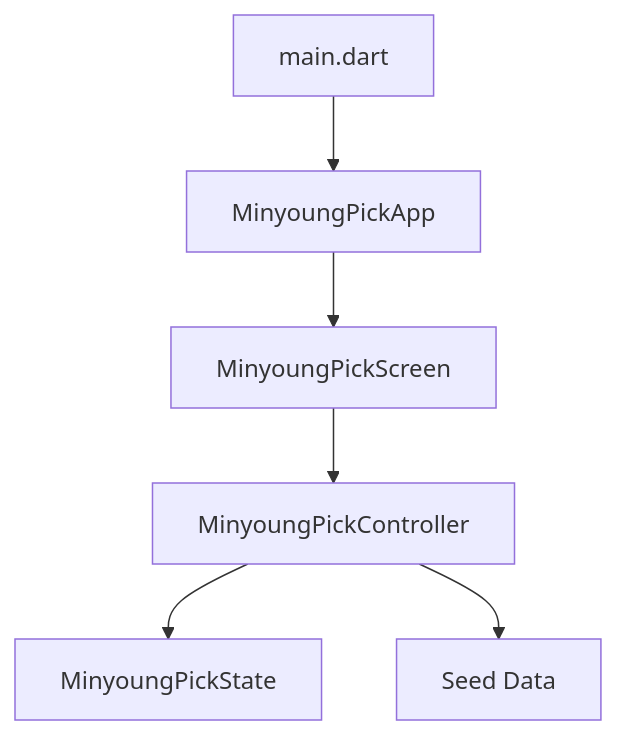
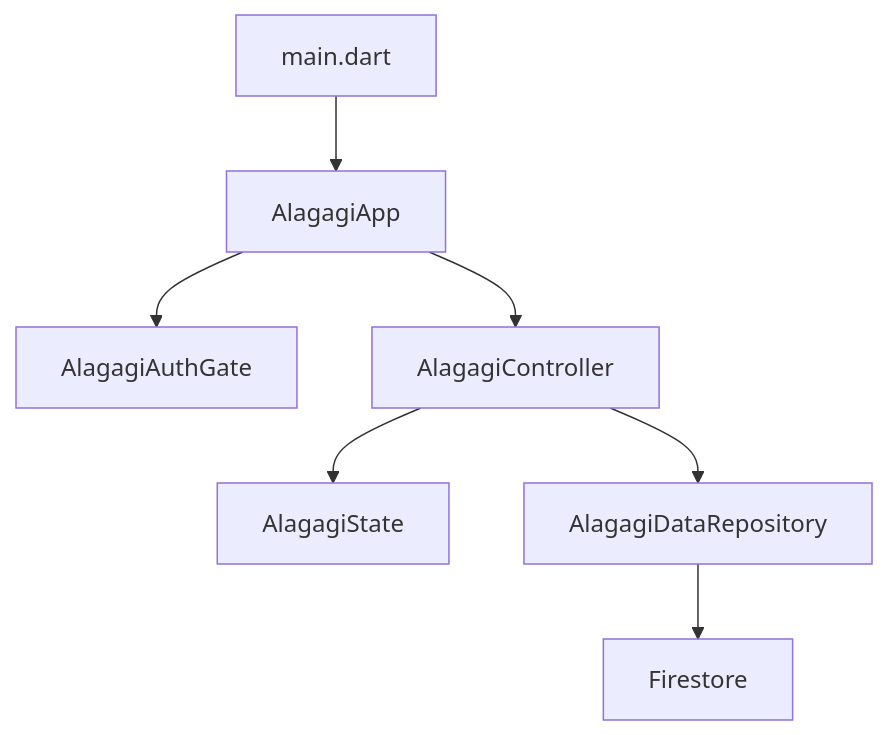
Before and after one commit to ieeh1016/Getting-to-Know-You: the diagram in docs/sdd.md, drawn with Mermaid. The commit also changed other lines of this file and 10 other files, not shown here.

````diff
--- a/docs/sdd.md
+++ b/docs/sdd.md
@@ -87,8 +92,9 @@
 ```mermaid
 flowchart TD
-  A["main.dart"] --> B["MinyoungPickApp"]
-  B --> C["MinyoungPickScreen"]
-  C --> D["MinyoungPickController"]
-  D --> E["MinyoungPickState"]
-  D --> F["Seed Data"]
+  A["main.dart"] --> B["AlagagiApp"]
+  B --> C["AlagagiAuthGate"]
+  B --> D["AlagagiController"]
+  D --> E["AlagagiState"]
+  D --> F["AlagagiDataRepository"]
+  F --> G["Firestore"]
 ```
````
